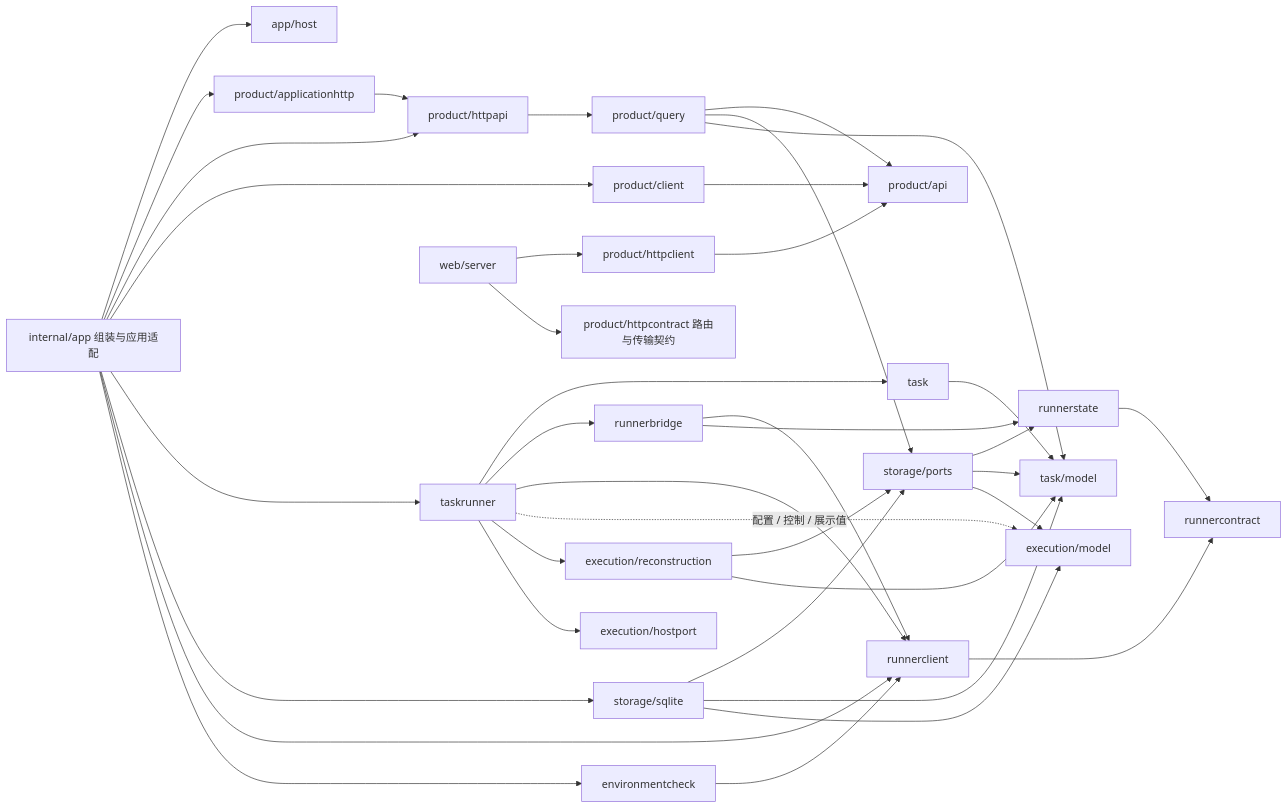
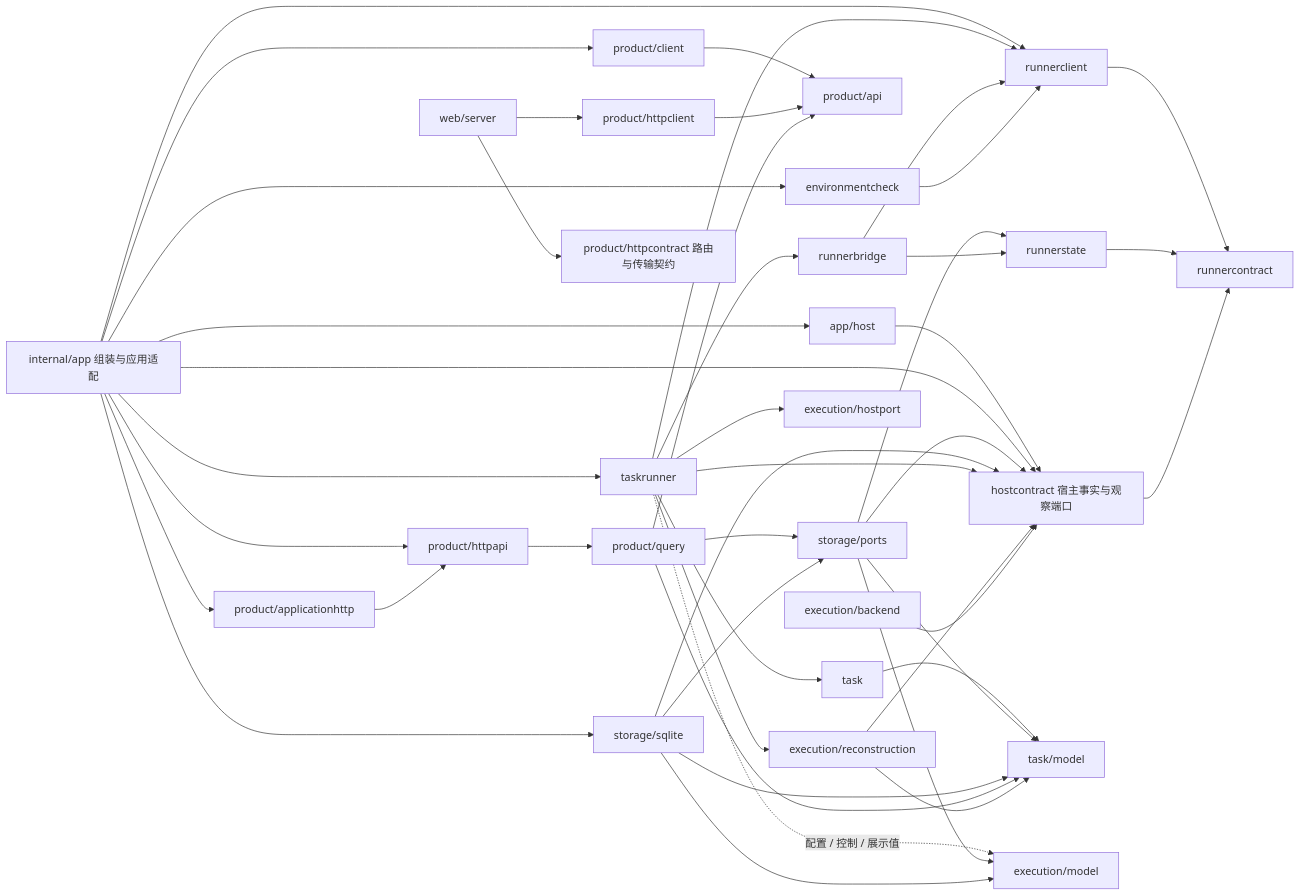
One commit to erranliu/SteerLine changed the second of 3 diagrams in docs/architecture/current-code-architecture.md. Above: the diagram before and after it, drawn with Mermaid. The commit also changed other lines of this file and 58 other files, not shown here.

````diff
--- a/docs/architecture/current-code-architecture.md
+++ b/docs/architecture/current-code-architecture.md
@@ -50,40 +50,47 @@
 ```mermaid
 flowchart LR
     App[internal/app 组装与应用适配] --> Host[app/host]
+    Host --> HS[hostcontract 宿主事实与观察端口]
+    App --> HS
     App --> AH[product/applicationhttp]
     App --> HA[product/httpapi]
     App --> Client[product/client]
     App --> TaskRunner[taskrunner]
     App --> SQLite[storage/sqlite]
     App --> RC[runnerclient]
     App --> EC[environmentcheck]
     WebServer[web/server] --> HC[product/httpclient]
     WebServer --> HContract[product/httpcontract 路由与传输契约]
     AH --> HA
     HA --> Q[product/query]
     Client --> API[product/api]
     HC --> API
     Q --> API
     Q --> Ports[storage/ports]
     SQLite --> Ports
     Ports --> RS
     TaskRunner --> Task[task]
     Task --> TM[task/model]
     Ports --> TM
+    Ports --> HS
     SQLite --> TM
+    SQLite --> HS
     Q --> TM
     TaskRunner --> Bridge[runnerbridge]
     TaskRunner --> RC
     Bridge --> RC
     EC --> RC
     RC --> Contract[runnercontract]
     Bridge --> RS[runnerstate]
     RS --> Contract
     TaskRunner -. 配置 / 控制 / 展示值 .-> EM[execution/model]
     TaskRunner --> Recon[execution/reconstruction]
     TaskRunner --> HP[execution/hostport]
-    Recon --> Ports
+    TaskRunner --> HS
+    Recon --> HS
     Recon --> TM
+    EB[execution/backend] --> HS
+    HS --> Contract
     Ports --> EM
     SQLite --> EM
 ```
````
